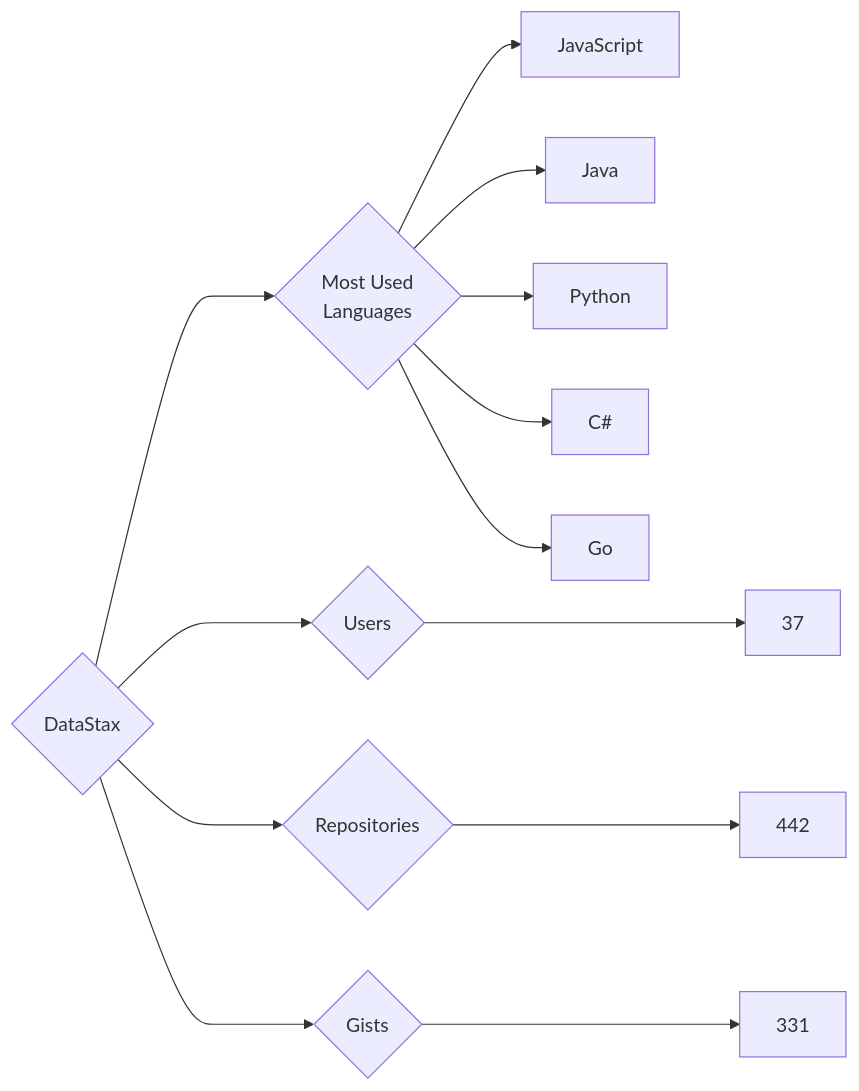
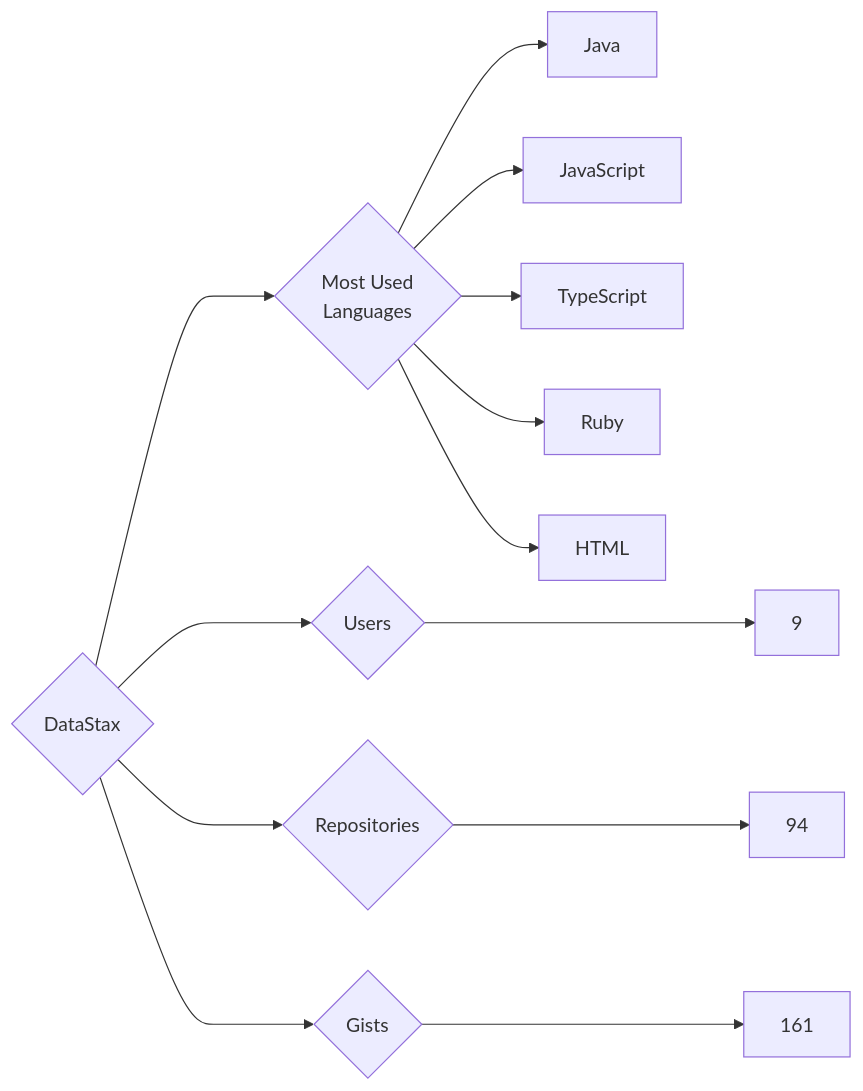
The diagram in targets/DataStax/README.md (trickest/insiders), drawn with Mermaid before and after one commit. The commit also changed 874 other files, not shown here.

````diff
--- a/targets/DataStax/README.md
+++ b/targets/DataStax/README.md
@@ -3,13 +3,13 @@
 ```mermaid
 graph LR
 COMPANY_NAME{DataStax}
-COMPANY_NAME ---> U{Users} ---> UN[37]
-COMPANY_NAME ---> R{Repositories} ---> RN[442]
-COMPANY_NAME ---> G{Gists} ---> GN[331]
+COMPANY_NAME ---> U{Users} ---> UN[9]
+COMPANY_NAME ---> R{Repositories} ---> RN[94]
+COMPANY_NAME ---> G{Gists} ---> GN[161]
 COMPANY_NAME ---> ML{Most Used<br>Languages}
+ML --> Java[Java]
 ML --> JavaScript[JavaScript]
-ML --> Java[Java]
-ML --> Python[Python]
-ML --> C#[C#]
-ML --> Go[Go]
+ML --> TypeScript[TypeScript]
+ML --> Ruby[Ruby]
+ML --> HTML[HTML]
 ```
````
